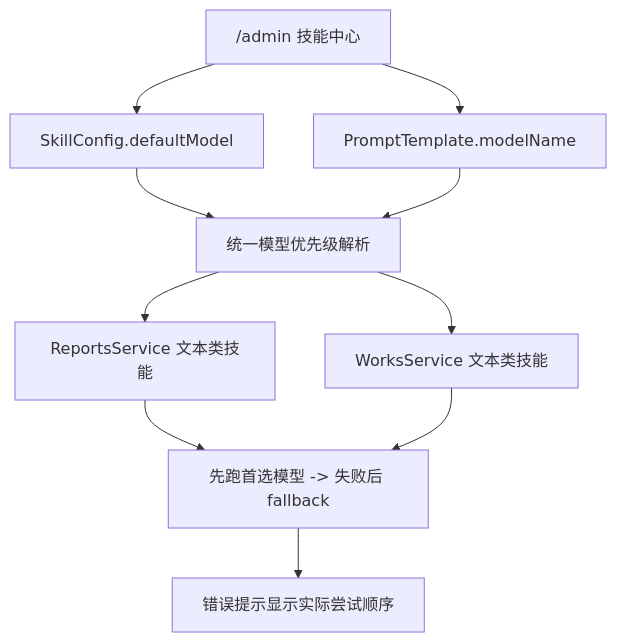
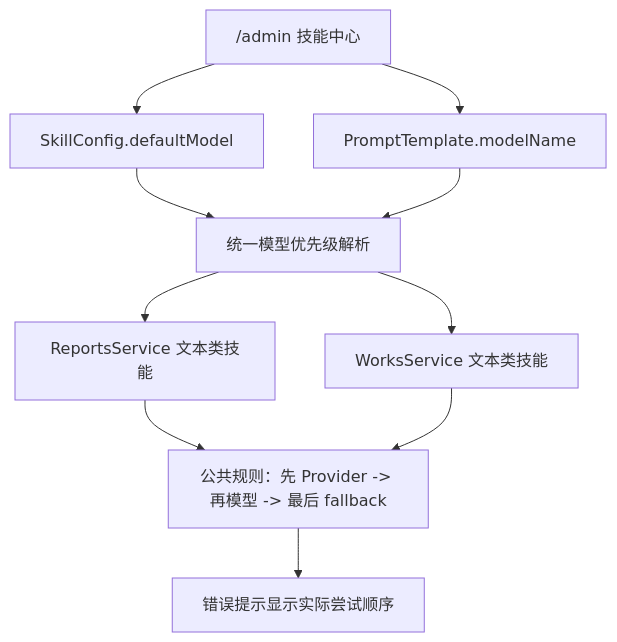
One commit to Depthukesh/ai-omni-ops-system changed the fifth of 14 diagrams in docs/site-map-mermaid.md. Above: the diagram before and after it, drawn with Mermaid. The commit also changed other lines of this file and 6 other files, not shown here.

````diff
--- a/docs/site-map-mermaid.md
+++ b/docs/site-map-mermaid.md
@@ -239,13 +241,13 @@
 ```mermaid
 flowchart TD
     A["/admin 技能中心"]
     A --> A1["SkillConfig.defaultModel"]
     A --> A2["PromptTemplate.modelName"]
     A1 --> B["统一模型优先级解析"]
     A2 --> B
     B --> C1["ReportsService 文本类技能"]
     B --> C2["WorksService 文本类技能"]
-    C1 --> D["先跑首选模型 -> 失败后 fallback"]
+    C1 --> D["公共规则：先 Provider -> 再模型 -> 最后 fallback"]
     C2 --> D
     D --> E["错误提示显示实际尝试顺序"]
 ```
````
